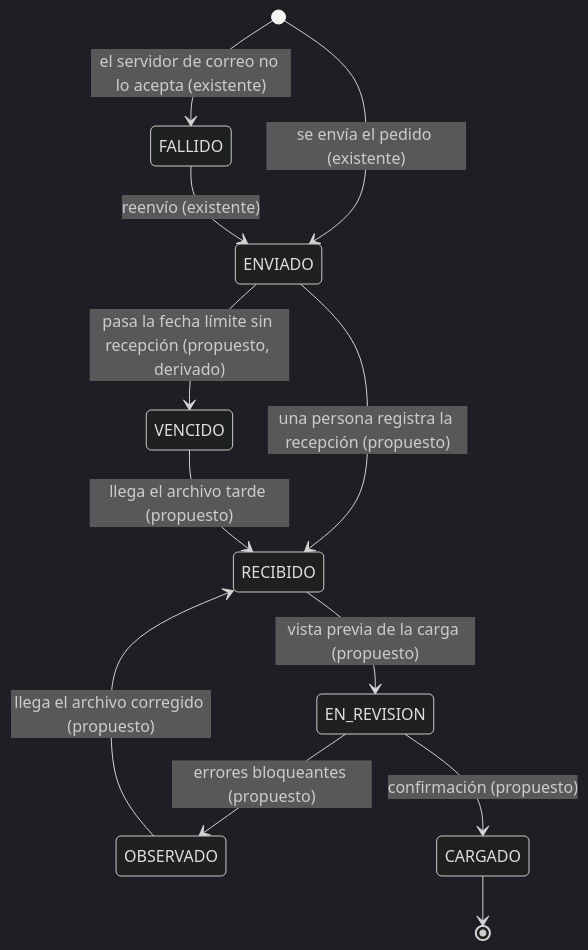
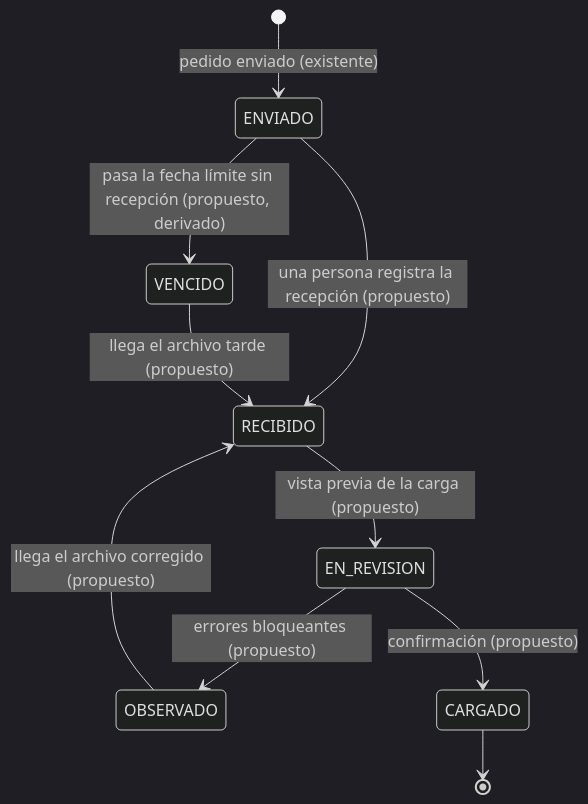
One commit to Code-Chavez/Tutoria-untrm changed the second of 3 diagrams in docs/levantamiento/12_ESPECIFICACION_PEDIDO_DE_LISTAS.md. Above: the diagram before and after it, drawn with Mermaid (dark theme). The commit also changed other lines of this file and 21 other files, not shown here.

````diff
--- a/docs/levantamiento/12_ESPECIFICACION_PEDIDO_DE_LISTAS.md
+++ b/docs/levantamiento/12_ESPECIFICACION_PEDIDO_DE_LISTAS.md
@@ -76,14 +93,12 @@
 ```mermaid
 stateDiagram-v2
-  [*] --> ENVIADO: se envía el pedido (existente)
-  [*] --> FALLIDO: el servidor de correo no lo acepta (existente)
-  FALLIDO --> ENVIADO: reenvío (existente)
+  [*] --> ENVIADO: pedido enviado (existente)
   ENVIADO --> RECIBIDO: una persona registra la recepción (propuesto)
   ENVIADO --> VENCIDO: pasa la fecha límite sin recepción (propuesto, derivado)
   VENCIDO --> RECIBIDO: llega el archivo tarde (propuesto)
   RECIBIDO --> EN_REVISION: vista previa de la carga (propuesto)
   EN_REVISION --> OBSERVADO: errores bloqueantes (propuesto)
   OBSERVADO --> RECIBIDO: llega el archivo corregido (propuesto)
   EN_REVISION --> CARGADO: confirmación (propuesto)
   CARGADO --> [*]
 ```
````
